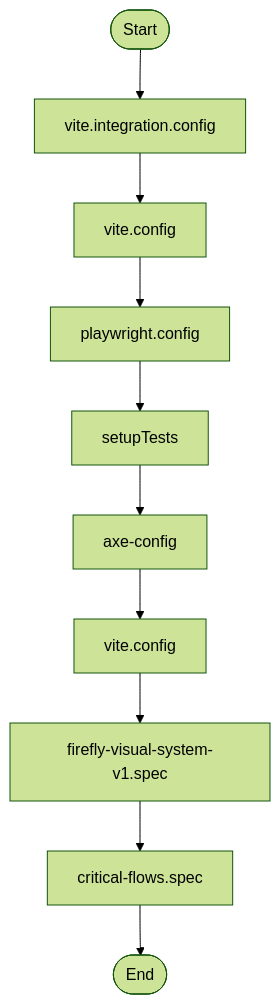
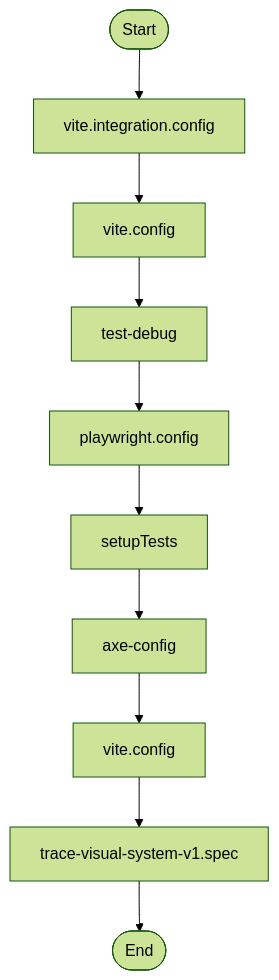
Before and after one commit to jscraik/firefly-narrative: the diagram in .diagram/flow.mmd, drawn with Mermaid (forest theme). The commit also changed 26 other files, not shown here.

```diff
--- a/.diagram/flow.mmd
+++ b/.diagram/flow.mmd
@@ -1,20 +1,20 @@
 flowchart TD
   Start(["Start"])
   vite_integration_config_033b7d32["vite.integration.config"]
   Start --> vite_integration_config_033b7d32
   vite_config_c473fba0["vite.config"]
   vite_integration_config_033b7d32 --> vite_config_c473fba0
+  test_debug_e2f6f6a5["test-debug"]
+  vite_config_c473fba0 --> test_debug_e2f6f6a5
   playwright_config_c5f93a12["playwright.config"]
-  vite_config_c473fba0 --> playwright_config_c5f93a12
+  test_debug_e2f6f6a5 --> playwright_config_c5f93a12
   setupTests_a1881263["setupTests"]
   playwright_config_c5f93a12 --> setupTests_a1881263
   axe_config_5dab6a88["axe-config"]
   setupTests_a1881263 --> axe_config_5dab6a88
   vite_config_1_736b3c02["vite.config"]
   axe_config_5dab6a88 --> vite_config_1_736b3c02
-  firefly_visual_system_v1_spec_def11f59["firefly-visual-system-v1.spec"]
-  vite_config_1_736b3c02 --> firefly_visual_system_v1_spec_def11f59
-  critical_flows_spec_66db3f9a["critical-flows.spec"]
-  firefly_visual_system_v1_spec_def11f59 --> critical_flows_spec_66db3f9a
+  trace_visual_system_v1_spec_98815fb6["trace-visual-system-v1.spec"]
+  vite_config_1_736b3c02 --> trace_visual_system_v1_spec_98815fb6
   End(["End"])
-  critical_flows_spec_66db3f9a --> End
+  trace_visual_system_v1_spec_98815fb6 --> End
```
